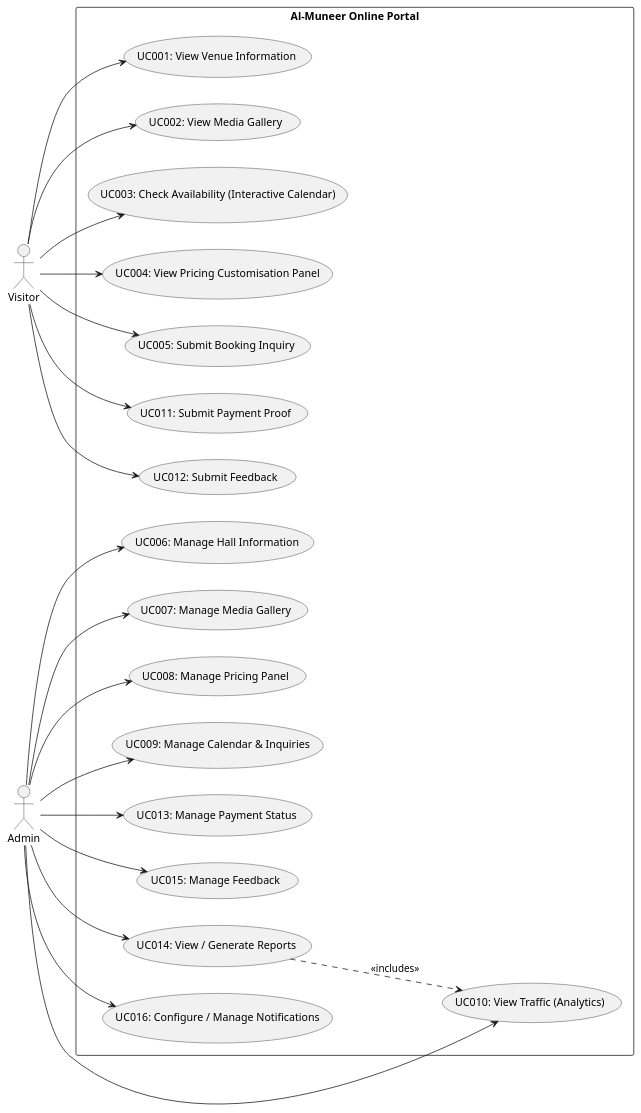
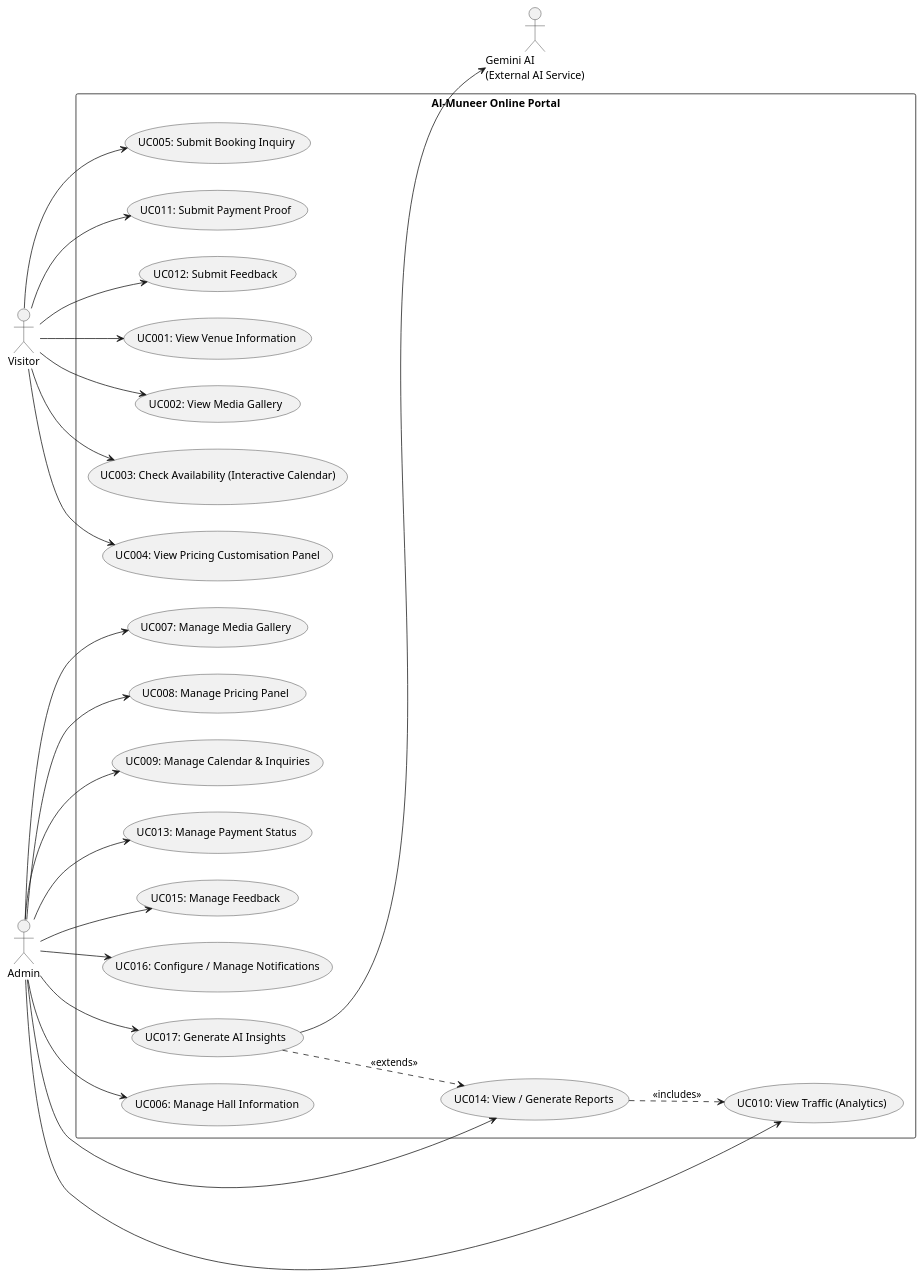
One commit to 7azmi/Al-Muneer-Portal changed the fourth of 8 diagrams in Academic version/main_report.md. Above: the diagram before and after it, drawn with PlantUML. The commit also changed other lines of this file and 10 other files, not shown here.

````diff
--- a/Academic version/main_report.md
+++ b/Academic version/main_report.md
@@ -529,48 +527,53 @@
 ```plantuml
 @startuml
 left to right direction
 actor Visitor
 actor Admin
+actor "Gemini AI\n(External AI Service)" as Gemini
 
 rectangle "Al-Muneer Online Portal" {
   usecase "UC001: View Venue Information" as UC1
   usecase "UC002: View Media Gallery" as UC2
   usecase "UC003: Check Availability (Interactive Calendar)" as UC3
   usecase "UC004: View Pricing Customisation Panel" as UC4
   usecase "UC005: Submit Booking Inquiry" as UC5
   usecase "UC011: Submit Payment Proof" as UC11
   usecase "UC012: Submit Feedback" as UC12
 
   usecase "UC006: Manage Hall Information" as UC6
   usecase "UC007: Manage Media Gallery" as UC7
   usecase "UC008: Manage Pricing Panel" as UC8
   usecase "UC009: Manage Calendar & Inquiries" as UC9
   usecase "UC013: Manage Payment Status" as UC13
   usecase "UC015: Manage Feedback" as UC15
   usecase "UC010: View Traffic (Analytics)" as UC10
   usecase "UC014: View / Generate Reports" as UC14
   usecase "UC016: Configure / Manage Notifications" as UC16
+  usecase "UC017: Generate AI Insights" as UC17
 }
 
 Visitor --> UC1
 Visitor --> UC2
 Visitor --> UC3
 Visitor --> UC4
 Visitor --> UC5
 Visitor --> UC11
 Visitor --> UC12
 
 Admin --> UC6
 Admin --> UC7
 Admin --> UC8
 Admin --> UC9
 Admin --> UC13
 Admin --> UC15
 Admin --> UC10
 Admin --> UC16
 Admin --> UC14
+Admin --> UC17
 
 UC14 ..> UC10 : <<includes>>
+UC17 ..> UC14 : <<extends>>
+UC17 --> Gemini
 
 @enduml
 ```
````
